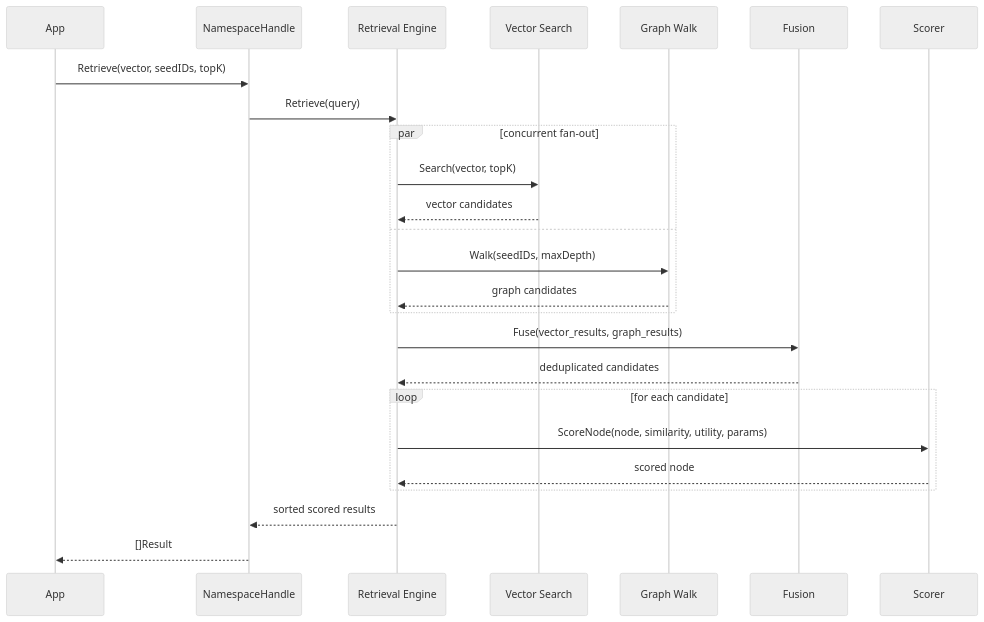
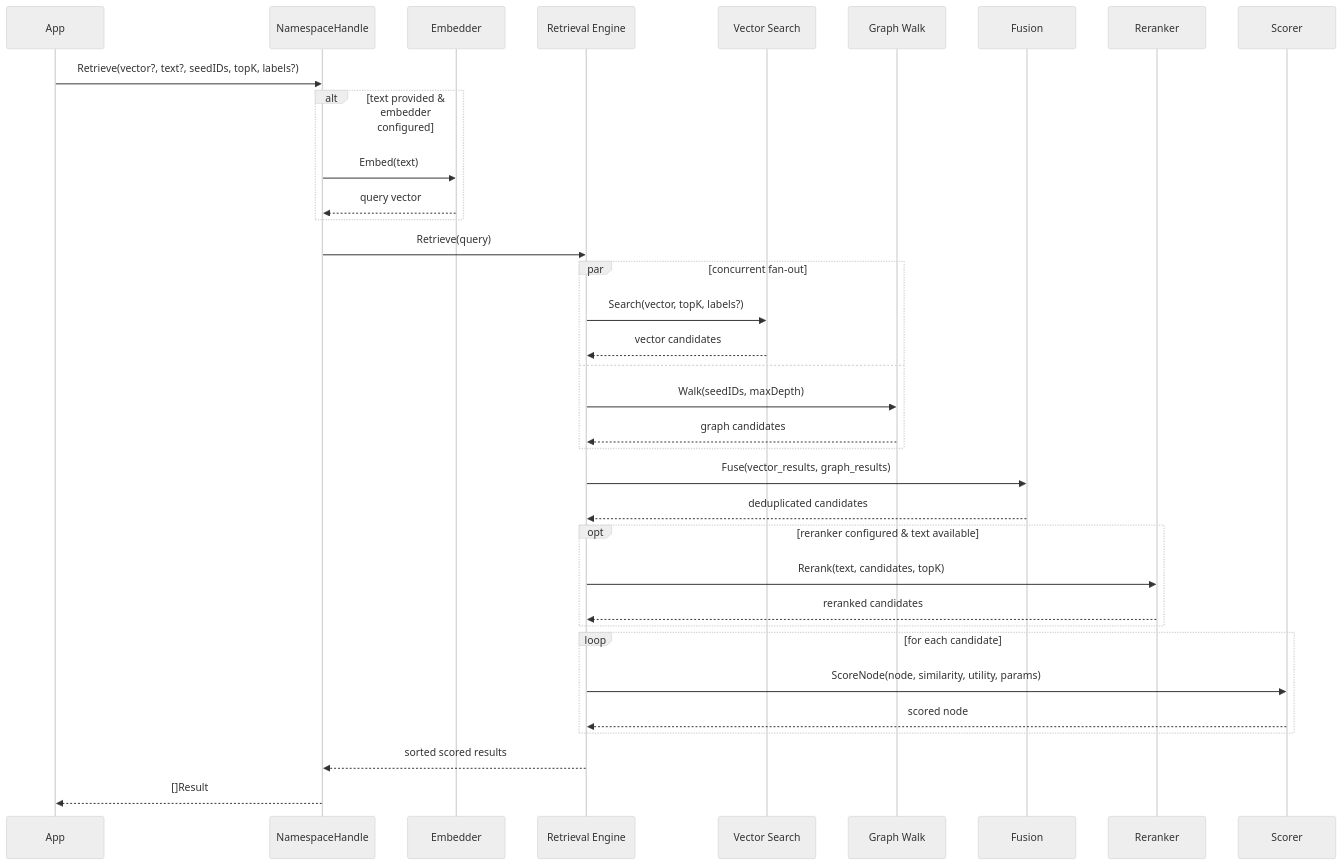
One commit to antiartificial/contextdb changed the diagram in docs/architecture/read-path.md. Above: the diagram before and after it, drawn with Mermaid (neutral theme). The commit also changed other lines of this file and 18 other files, not shown here.

````diff
--- a/docs/architecture/read-path.md
+++ b/docs/architecture/read-path.md
@@ -13,32 +13,45 @@
 ```mermaid
 sequenceDiagram
     participant App
     participant NS as NamespaceHandle
+    participant EMB as Embedder
     participant ENG as Retrieval Engine
     participant VEC as Vector Search
     participant GRP as Graph Walk
     participant FUS as Fusion
+    participant RR as Reranker
     participant SCR as Scorer
 
-    App->>NS: Retrieve(vector, seedIDs, topK)
+    App->>NS: Retrieve(vector?, text?, seedIDs, topK, labels?)
+
+    alt text provided & embedder configured
+        NS->>EMB: Embed(text)
+        EMB-->>NS: query vector
+    end
+
     NS->>ENG: Retrieve(query)
 
     par concurrent fan-out
-        ENG->>VEC: Search(vector, topK)
+        ENG->>VEC: Search(vector, topK, labels?)
         VEC-->>ENG: vector candidates
     and
         ENG->>GRP: Walk(seedIDs, maxDepth)
         GRP-->>ENG: graph candidates
     end
 
     ENG->>FUS: Fuse(vector_results, graph_results)
     FUS-->>ENG: deduplicated candidates
 
+    opt reranker configured & text available
+        ENG->>RR: Rerank(text, candidates, topK)
+        RR-->>ENG: reranked candidates
+    end
+
     loop for each candidate
         ENG->>SCR: ScoreNode(node, similarity, utility, params)
         SCR-->>ENG: scored node
     end
 
     ENG-->>NS: sorted scored results
     NS-->>App: []Result
 ```
````
